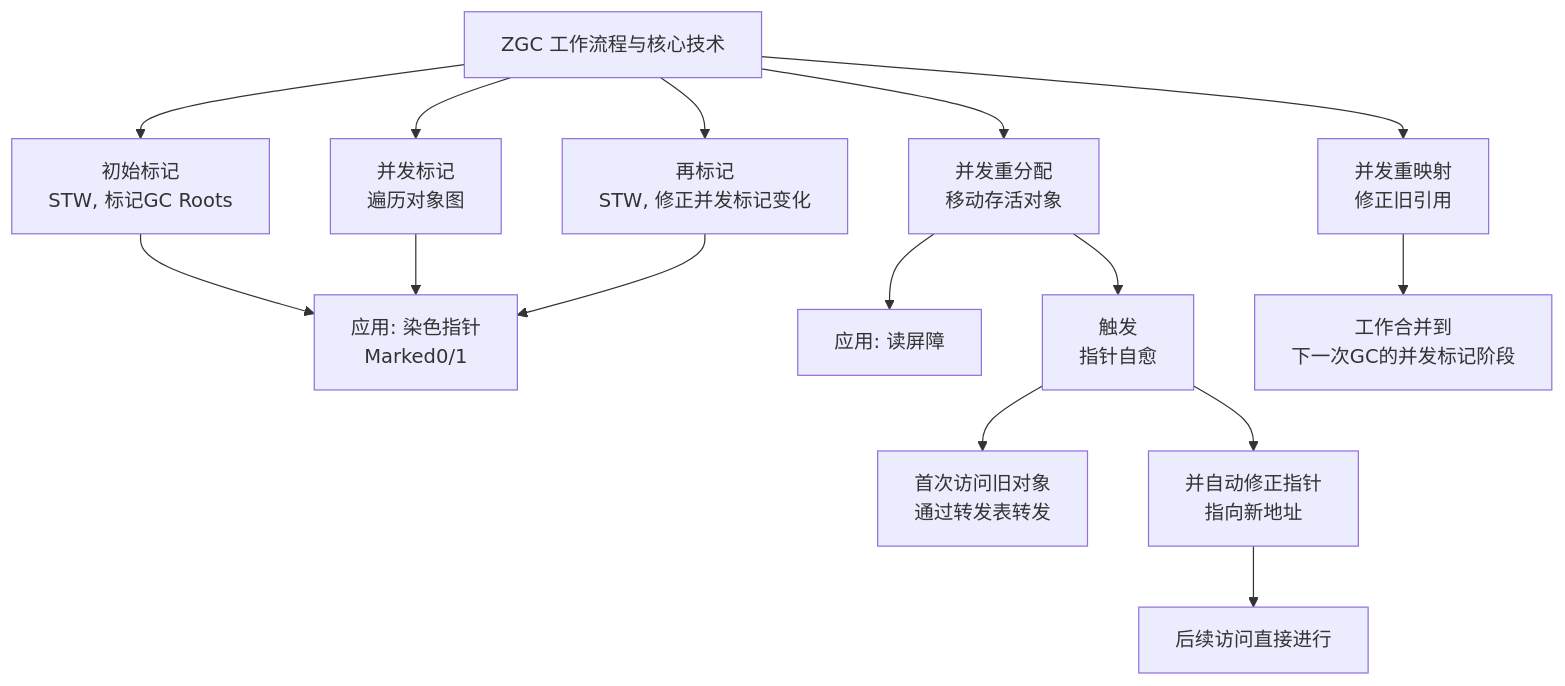
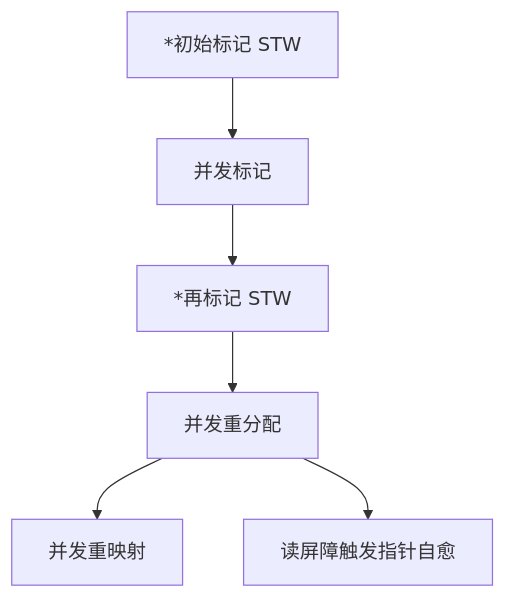
The first of 2 diagrams in 10_DevelopLanguage/001_Java/04_JavaJVMSubject/05、新一代垃圾收集器.md (zz12121/KnowledgeDevelope), drawn with Mermaid before and after one commit. The commit also changed other lines of this file and 132 other files, not shown here.

````diff
--- a/10_DevelopLanguage/001_Java/04_JavaJVMSubject/05、新一代垃圾收集器.md
+++ b/10_DevelopLanguage/001_Java/04_JavaJVMSubject/05、新一代垃圾收集器.md
@@ -6,20 +23,8 @@
 ```mermaid
 flowchart TD
-    A[ZGC 工作流程与核心技术] --> B1[初始标记<br>STW, 标记GC Roots]
-    A --> B2[并发标记<br>遍历对象图]
-    A --> B3[再标记<br>STW, 修正并发标记变化]
-    A --> B4[并发重分配<br>移动存活对象]
-    A --> B5[并发重映射<br>修正旧引用]
-
-    B1 --> C1[应用: 染色指针<br>Marked0/1]
-    B2 --> C1
-    B3 --> C1
-    B4 --> C2[应用: 读屏障]
-    B4 --> C3[触发<br>指针自愈]
-    
-    C3 --> D1[首次访问旧对象<br>通过转发表转发]
-    C3 --> D2[并自动修正指针<br>指向新地址]
-    D2 --> D3[后续访问直接进行]
-
-    B5 --> E[工作合并到<br>下一次GC的并发标记阶段]
+    B1["*初始标记 STW"] --> B2[并发标记]
+    B2 --> B3["*再标记 STW"]
+    B3 --> B4[并发重分配]
+    B4 --> B5[并发重映射]
+    B4 --> C[读屏障触发指针自愈]
 ```
````
